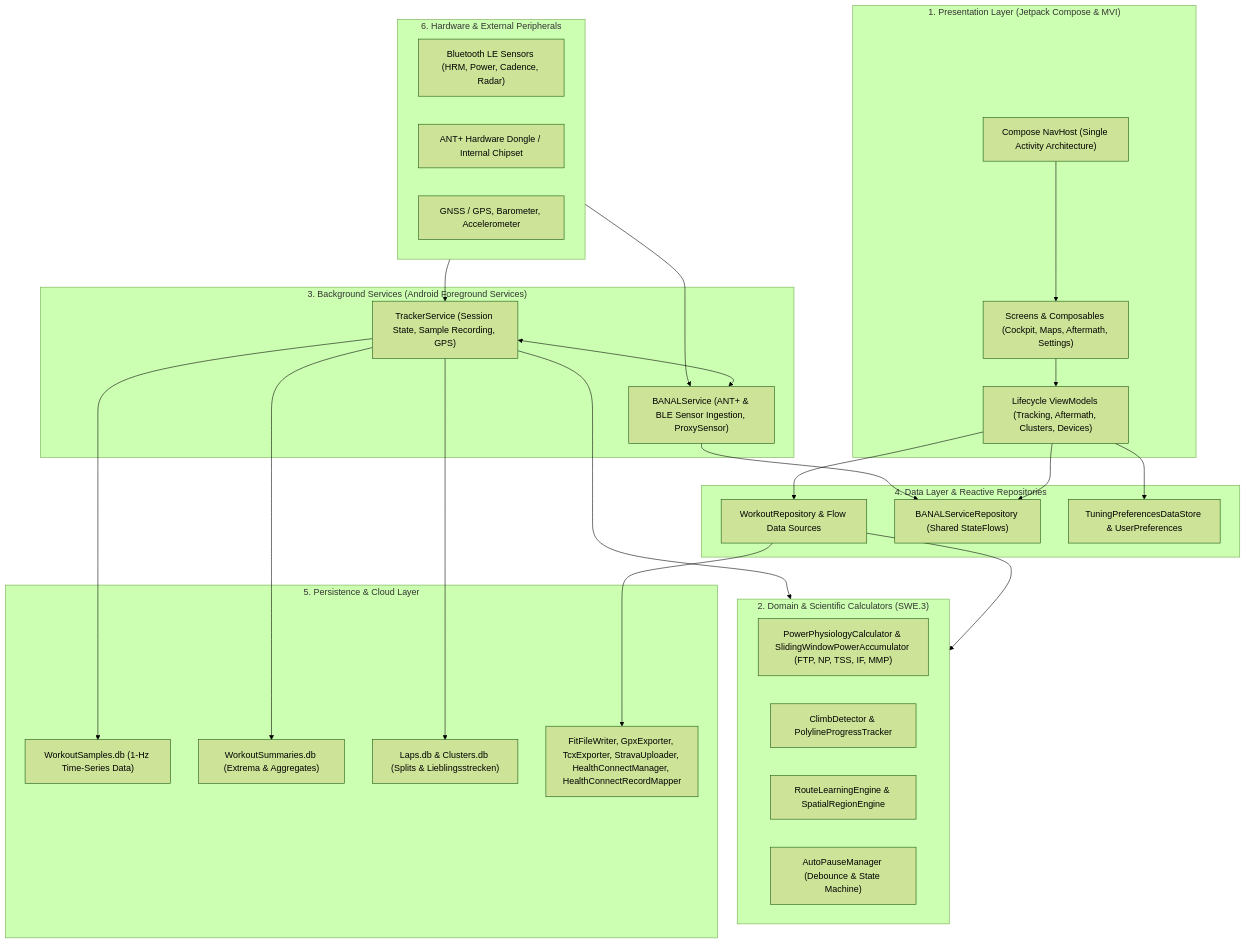
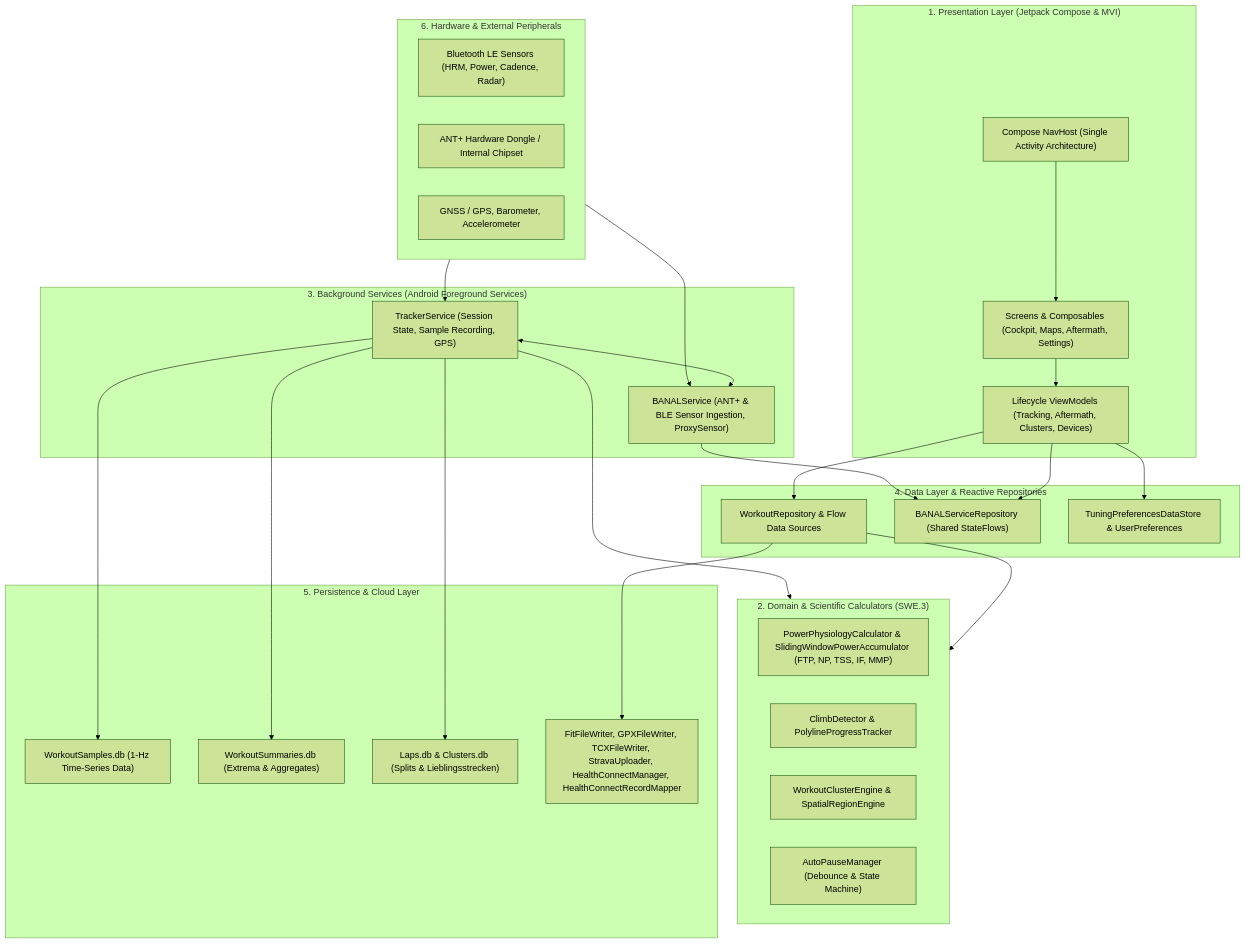
The first of 4 diagrams in docs/architecture.md (rainerblind/aTrainingTracker), drawn with Mermaid (forest theme) before and after one commit. The commit also changed other lines of this file and 9 other files, not shown here.

Commit message:
ATT-6179: [Verbesserung] Resynchronize architecture document with code

````diff
--- a/docs/architecture.md
+++ b/docs/architecture.md
@@ -11,59 +11,59 @@
 ```mermaid
 graph TD
     subgraph UI_Layer["1. Presentation Layer (Jetpack Compose & MVI)"]
         NavHost["Compose NavHost (Single Activity Architecture)"]
         Screens["Screens & Composables (Cockpit, Maps, Aftermath, Settings)"]
         ViewModels["Lifecycle ViewModels (Tracking, Aftermath, Clusters, Devices)"]
     end
 
     subgraph Domain_Layer["2. Domain & Scientific Calculators (SWE.3)"]
         Physiology["PowerPhysiologyCalculator & SlidingWindowPowerAccumulator (FTP, NP, TSS, IF, MMP)"]
         Climbs["ClimbDetector & PolylineProgressTracker"]
-        Clusters["RouteLearningEngine & SpatialRegionEngine"]
+        Clusters["WorkoutClusterEngine & SpatialRegionEngine"]
         AutoPause["AutoPauseManager (Debounce & State Machine)"]
     end
 
     subgraph Service_Layer["3. Background Services (Android Foreground Services)"]
         TrackerService["TrackerService (Session State, Sample Recording, GPS)"]
         BANALService["BANALService (ANT+ & BLE Sensor Ingestion, ProxySensor)"]
     end
 
     subgraph Data_Layer["4. Data Layer & Reactive Repositories"]
         WorkoutRepo["WorkoutRepository & Flow Data Sources"]
         BANALRepo["BANALServiceRepository (Shared StateFlows)"]
         SettingsRepo["TuningPreferencesDataStore & UserPreferences"]
     end
 
     subgraph Persistence_Layer["5. Persistence & Cloud Layer"]
         SamplesDB["WorkoutSamples.db (1-Hz Time-Series Data)"]
         SummariesDB["WorkoutSummaries.db (Extrema & Aggregates)"]
         LapsDB["Laps.db & Clusters.db (Splits & Lieblingsstrecken)"]
-        Exporters["FitFileWriter, GpxExporter, TcxExporter, StravaUploader, HealthConnectManager, HealthConnectRecordMapper"]
+        Exporters["FitFileWriter, GPXFileWriter, TCXFileWriter, StravaUploader, HealthConnectManager, HealthConnectRecordMapper"]
     end
 
     subgraph Hardware_Layer["6. Hardware & External Peripherals"]
         BLE["Bluetooth LE Sensors (HRM, Power, Cadence, Radar)"]
         ANT["ANT+ Hardware Dongle / Internal Chipset"]
         Sensors["GNSS / GPS, Barometer, Accelerometer"]
     end
 
     NavHost --> Screens
     Screens --> ViewModels
     ViewModels --> WorkoutRepo
     ViewModels --> BANALRepo
     ViewModels --> SettingsRepo
 
     WorkoutRepo --> Domain_Layer
     TrackerService --> Domain_Layer
     TrackerService --> SamplesDB
     TrackerService --> SummariesDB
     TrackerService --> LapsDB
 
     BANALService --> BANALRepo
     TrackerService <--> BANALService
 
     Hardware_Layer --> BANALService
     Hardware_Layer --> TrackerService
 
     WorkoutRepo --> Exporters
 ```
````
